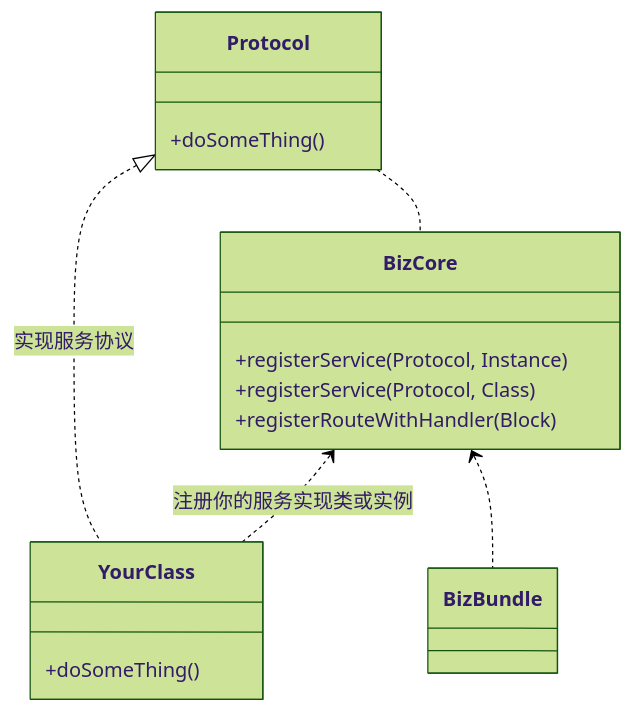
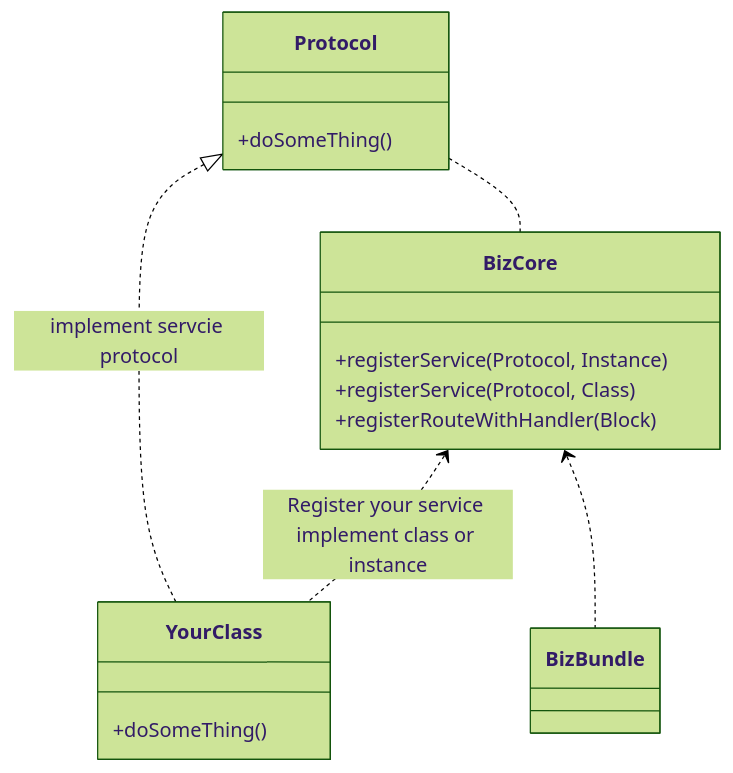
The second of 2 diagrams in en/README.md (JacobJacob/tuyasmart_bizbundle_ios_doc), drawn with Mermaid (forest theme) before and after one commit. The commit also changed other lines of this file, not shown here.

````diff
--- a/en/README.md
+++ b/en/README.md
@@ -47,20 +47,20 @@
 ```mermaid
 classDiagram
-    Protocol <|.. YourClass : 实现服务协议
-    BizCore <.. YourClass : 注册你的服务实现类或实例
+    Protocol <|.. YourClass : implement servcie protocol
+    BizCore <.. YourClass : Register your service implement class or instance
     Protocol .. BizCore
     BizCore <.. BizBundle
     class BizBundle{
     }
     class Protocol{
         +doSomeThing()
     }
     class BizCore{
         +registerService(Protocol, Instance)
         +registerService(Protocol, Class)
         +registerRouteWithHandler(Block)
     }
     class YourClass{
         +doSomeThing()
     }
 ```
````
